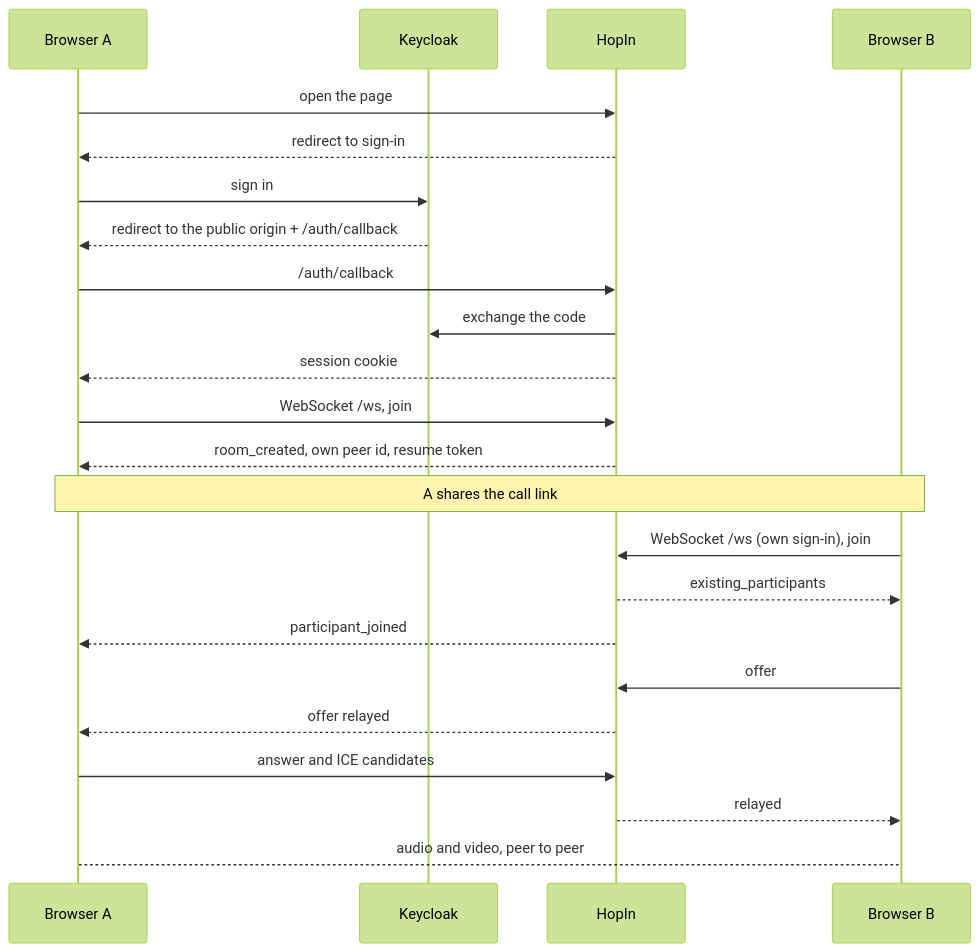
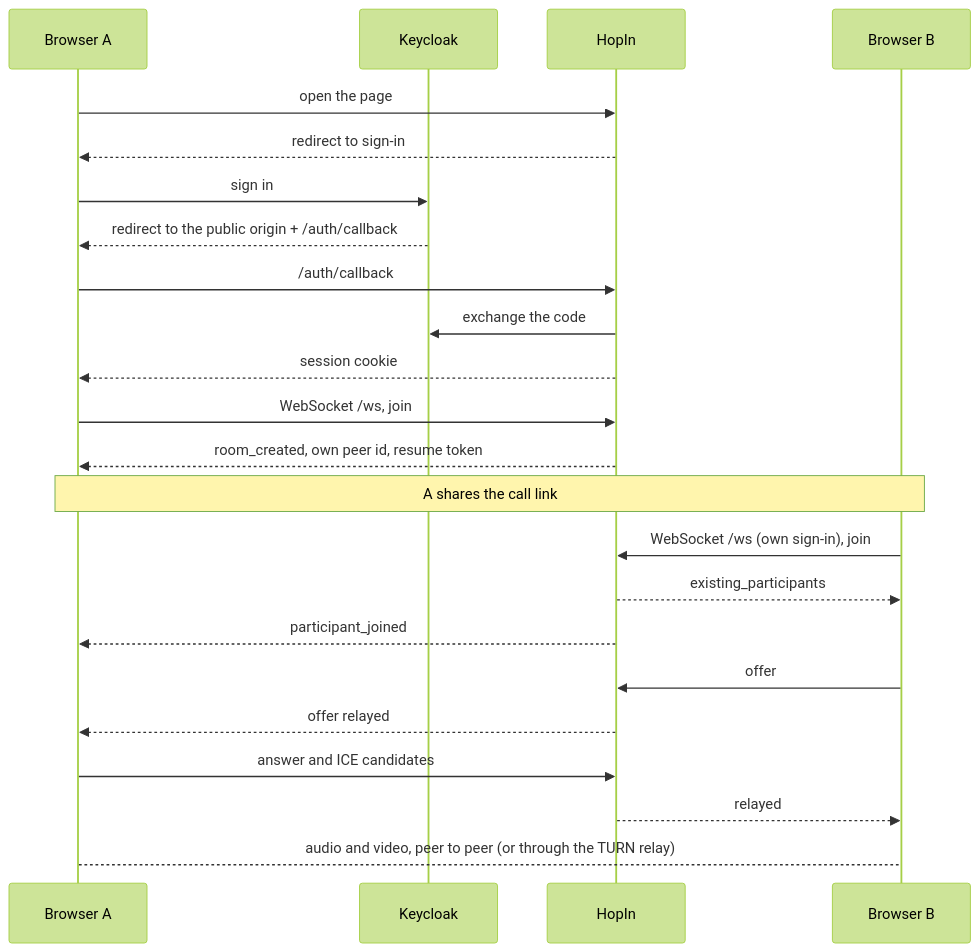
Before and after one commit to overnightworks/hopin: the second of 2 diagrams in docs/ARCHITECTURE.md, drawn with Mermaid (forest theme). The commit also changed other lines of this file and 17 other files, not shown here.

````diff
--- a/docs/ARCHITECTURE.md
+++ b/docs/ARCHITECTURE.md
@@ -61,25 +63,25 @@
 ```mermaid
 sequenceDiagram
     participant A as Browser A
     participant K as Keycloak
     participant H as HopIn
     participant B as Browser B
     A->>H: open the page
     H-->>A: redirect to sign-in
     A->>K: sign in
     K-->>A: redirect to the public origin + /auth/callback
     A->>H: /auth/callback
     H->>K: exchange the code
     H-->>A: session cookie
     A->>H: WebSocket /ws, join
     H-->>A: room_created, own peer id, resume token
     Note over A,B: A shares the call link
     B->>H: WebSocket /ws (own sign-in), join
     H-->>B: existing_participants
     H-->>A: participant_joined
     B->>H: offer
     H-->>A: offer relayed
     A->>H: answer and ICE candidates
     H-->>B: relayed
-    A-->B: audio and video, peer to peer
+    A-->B: audio and video, peer to peer (or through the TURN relay)
 ```
````
